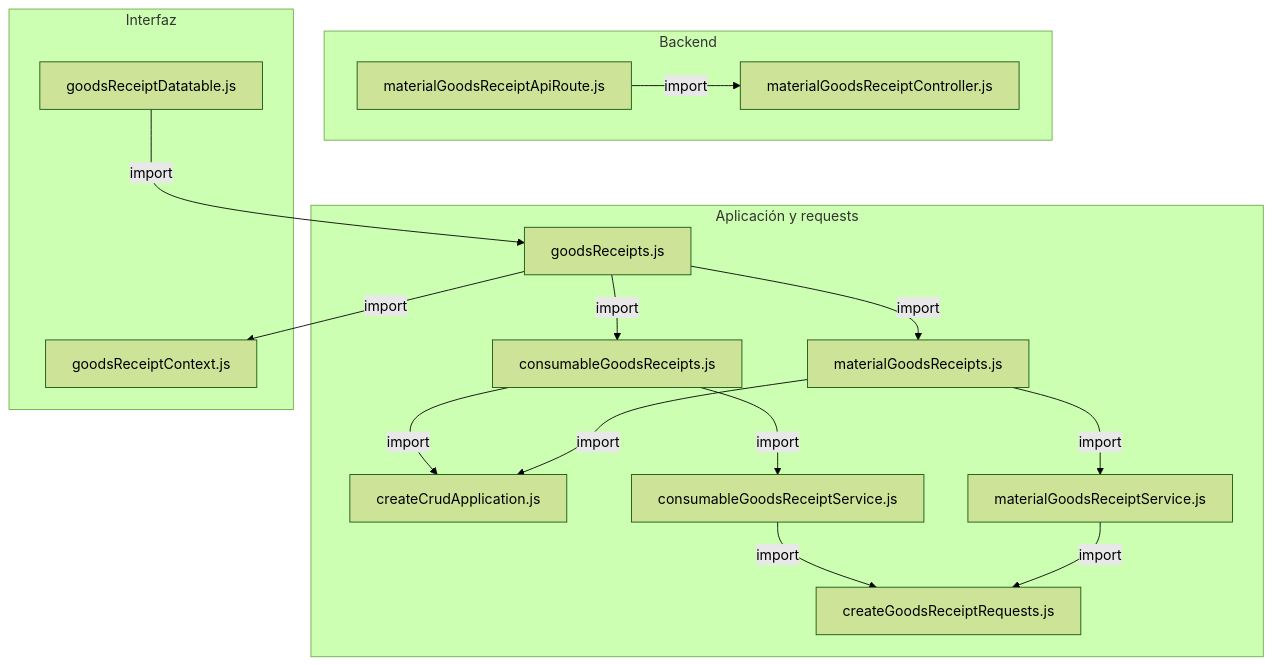
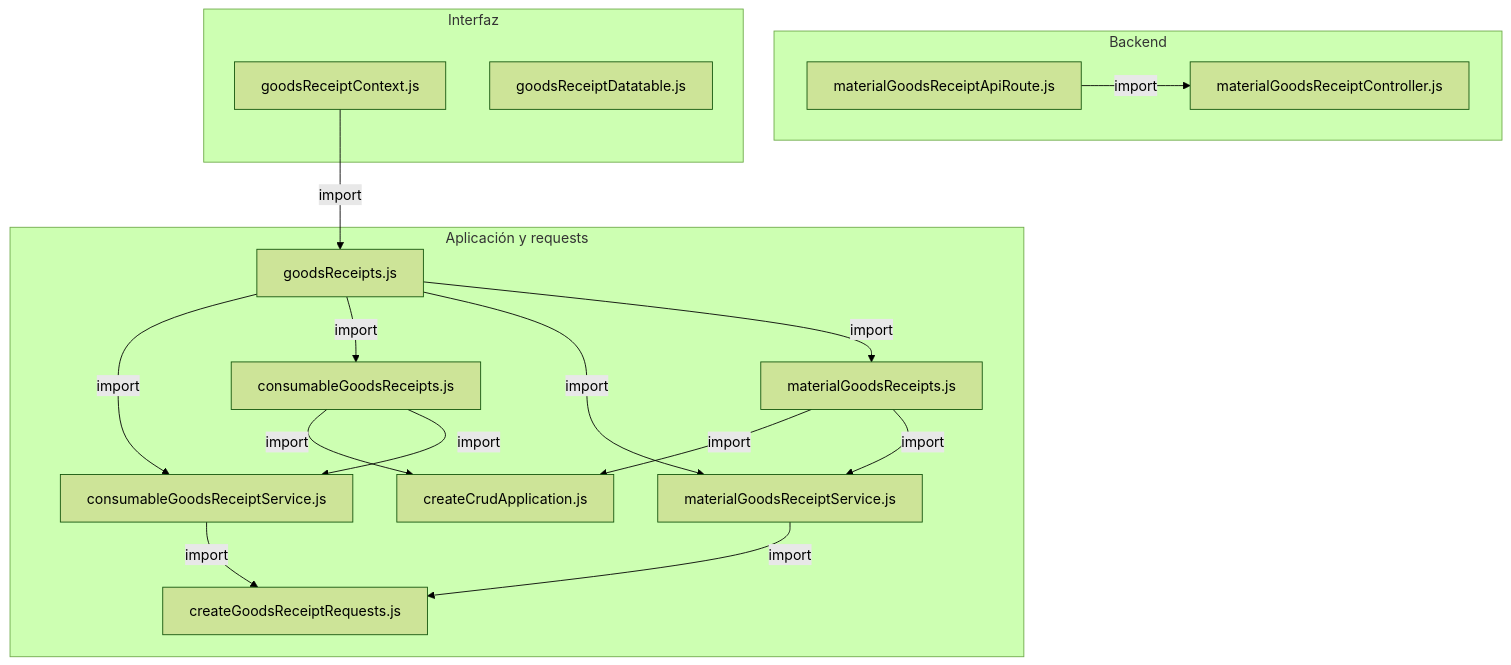
Before and after one commit to gpgsistemas01/nexus: the first of 2 diagrams in docs/architecture/views/processes/frontend-code-sequences/purchases/cu-ent-01.md, drawn with Mermaid (forest theme). The commit also changed 200 other files, not shown here.

````diff
--- a/docs/architecture/views/processes/frontend-code-sequences/purchases/cu-ent-01.md
+++ b/docs/architecture/views/processes/frontend-code-sequences/purchases/cu-ent-01.md
@@ -48,31 +48,32 @@
 ```mermaid
 flowchart TB
     subgraph Component0["Backend"]
         FileMaterialGoodsReceiptController["materialGoodsReceiptController.js"]
         Transport["materialGoodsReceiptApiRoute.js"]
     end
     subgraph Component1["Aplicación y requests"]
         Application["createCrudApplication.js"]
         FileConsumableGoodsReceipts["consumableGoodsReceipts.js"]
         FileGoodsReceipts["goodsReceipts.js"]
         FileMaterialGoodsReceipts["materialGoodsReceipts.js"]
         FileConsumableGoodsReceiptService["consumableGoodsReceiptService.js"]
         Request["createGoodsReceiptRequests.js"]
         FileMaterialGoodsReceiptService["materialGoodsReceiptService.js"]
     end
     subgraph Component2["Interfaz"]
         FileGoodsReceiptContext["goodsReceiptContext.js"]
         View["goodsReceiptDatatable.js"]
     end
+    FileConsumableGoodsReceiptService -->|import| Request
+    FileConsumableGoodsReceipts -->|import| Application
     FileConsumableGoodsReceipts -->|import| FileConsumableGoodsReceiptService
-    FileConsumableGoodsReceipts -->|import| Application
+    FileGoodsReceiptContext -->|import| FileGoodsReceipts
+    FileGoodsReceipts -->|import| FileConsumableGoodsReceiptService
+    FileGoodsReceipts -->|import| FileConsumableGoodsReceipts
+    FileGoodsReceipts -->|import| FileMaterialGoodsReceiptService
     FileGoodsReceipts -->|import| FileMaterialGoodsReceipts
-    FileGoodsReceipts -->|import| FileConsumableGoodsReceipts
-    FileGoodsReceipts -->|import| FileGoodsReceiptContext
+    FileMaterialGoodsReceiptService -->|import| Request
+    FileMaterialGoodsReceipts -->|import| Application
     FileMaterialGoodsReceipts -->|import| FileMaterialGoodsReceiptService
-    FileMaterialGoodsReceipts -->|import| Application
-    View -->|import| FileGoodsReceipts
-    FileConsumableGoodsReceiptService -->|import| Request
-    FileMaterialGoodsReceiptService -->|import| Request
     Transport -->|import| FileMaterialGoodsReceiptController
 ```
````
